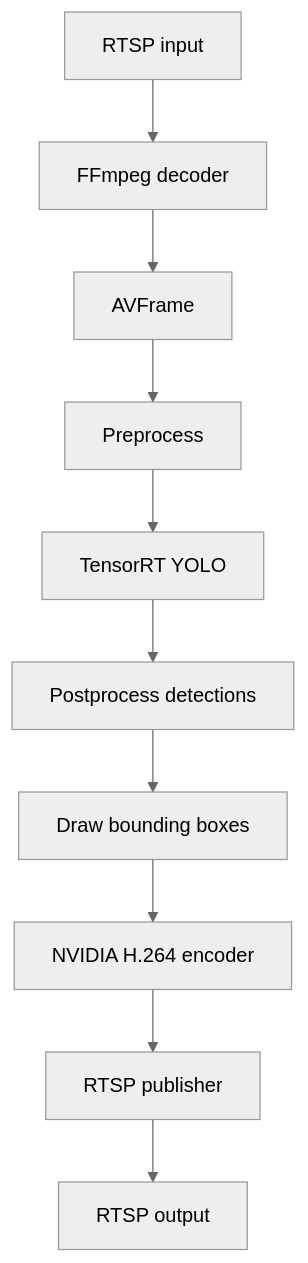
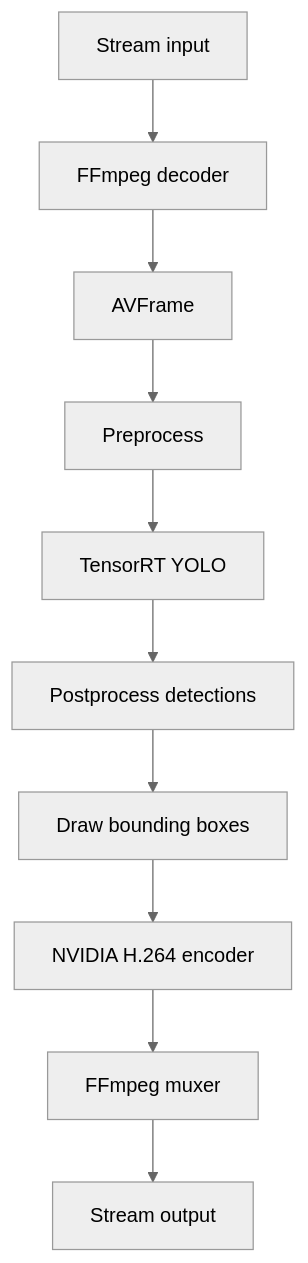
One commit to zraisan/argus changed the diagram in README.md. Above: the diagram before and after it, drawn with Mermaid (neutral theme). The commit also changed other lines of this file, not shown here.

````diff
--- a/README.md
+++ b/README.md
@@ -47,12 +47,12 @@
 ```mermaid
 flowchart TD
-    input[RTSP input] --> decoder[FFmpeg decoder]
+    input[Stream input] --> decoder[FFmpeg decoder]
     decoder --> frame[AVFrame]
     frame --> preprocess[Preprocess]
     preprocess --> trt[TensorRT YOLO]
     trt --> postprocess[Postprocess detections]
     postprocess --> draw[Draw bounding boxes]
     draw --> encoder[NVIDIA H.264 encoder]
-    encoder --> server[RTSP publisher]
-    server --> output[RTSP output]
+    encoder --> server[FFmpeg muxer]
+    server --> output[Stream output]
 ```
````
